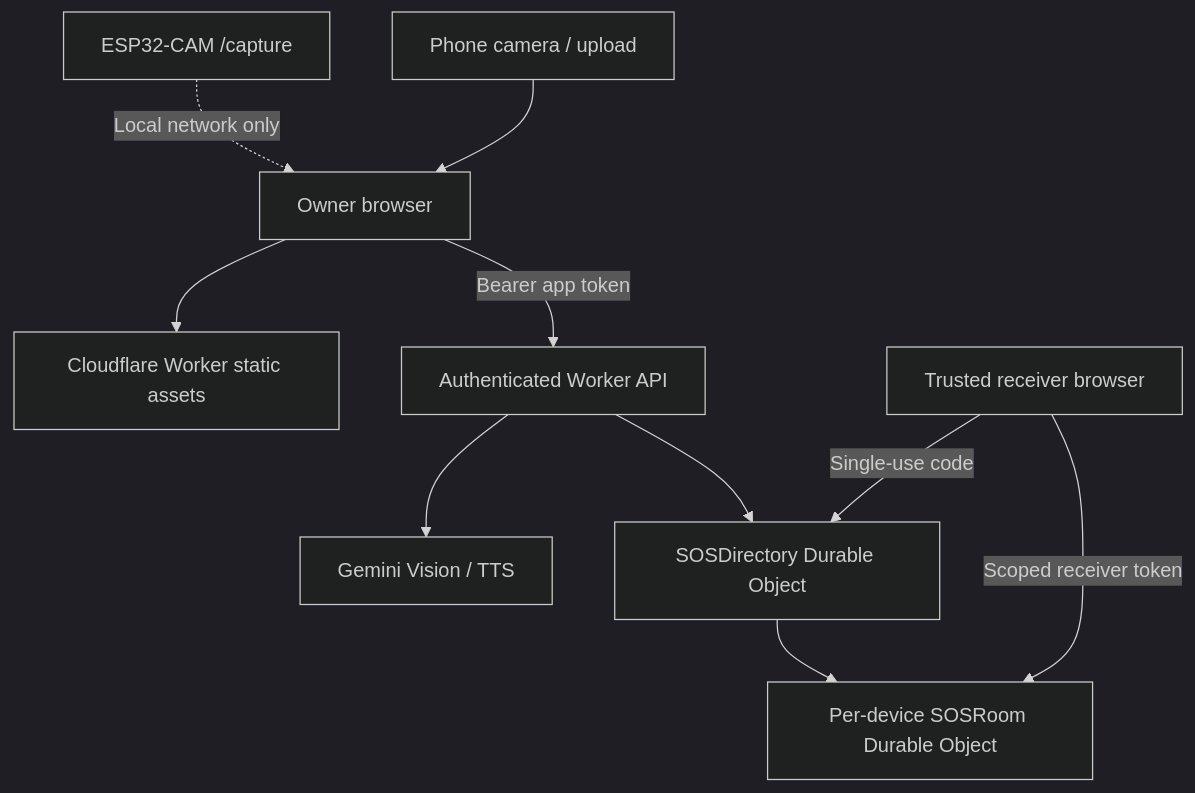
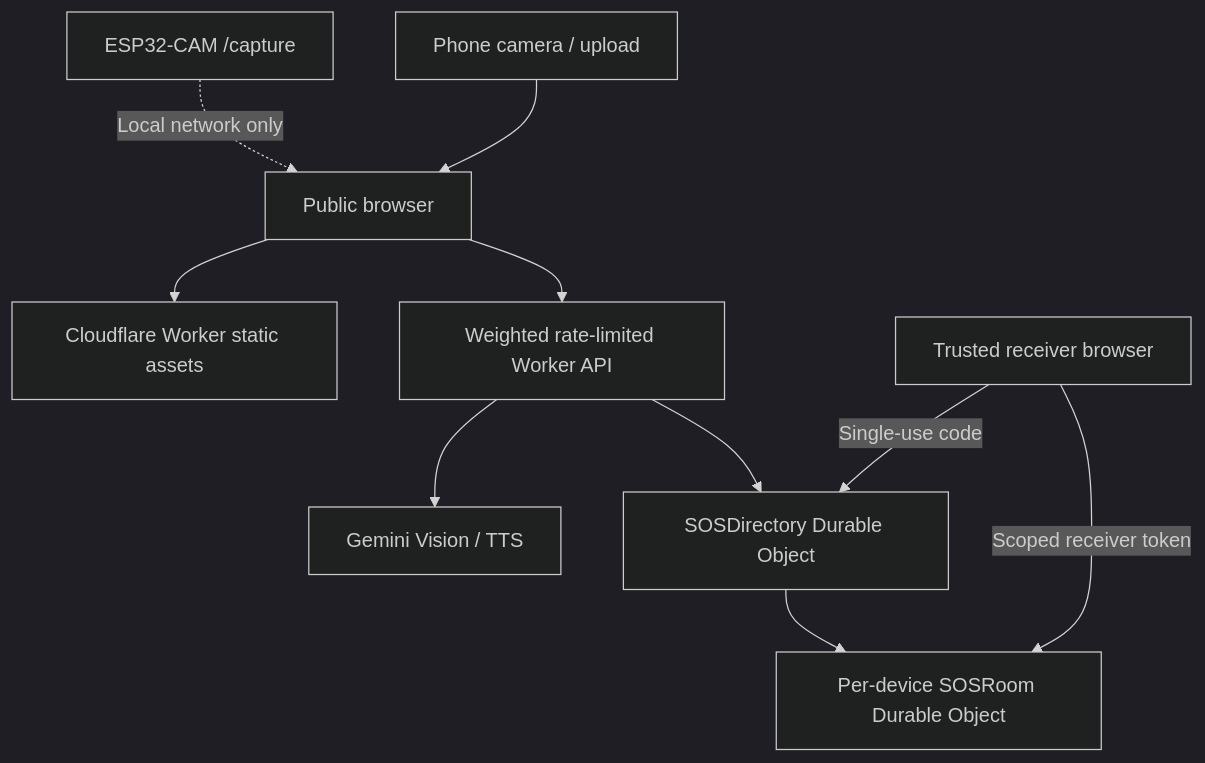
The diagram in README.md (KaranJoyKundu/Daredevil-s-Eye), drawn with Mermaid (dark theme) before and after one commit. The commit also changed other lines of this file, not shown here.

Commit message:
Document public access and Gemini quota implications

```diff
--- a/README.md
+++ b/README.md
@@ -32,12 +32,12 @@
 ~~~mermaid
 flowchart TD
-  Browser[Owner browser] --> Static[Cloudflare Worker static assets]
-  Browser -->|Bearer app token| API[Authenticated Worker API]
+  Browser[Public browser] --> Static[Cloudflare Worker static assets]
+  Browser --> API[Weighted rate-limited Worker API]
   API --> Gemini[Gemini Vision / TTS]
   API --> Directory[SOSDirectory Durable Object]
   Directory --> Room[Per-device SOSRoom Durable Object]
   Receiver[Trusted receiver browser] -->|Single-use code| Directory
   Receiver -->|Scoped receiver token| Room
   ESP[ESP32-CAM /capture] -. Local network only .-> Browser
   Phone[Phone camera / upload] --> Browser
 ~~~
```
